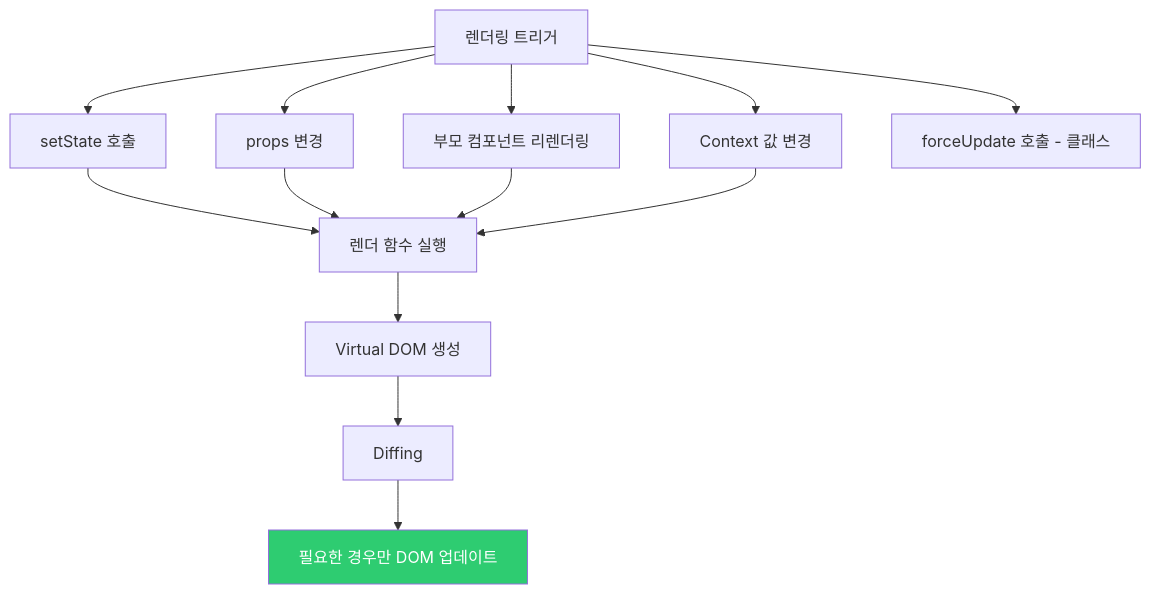
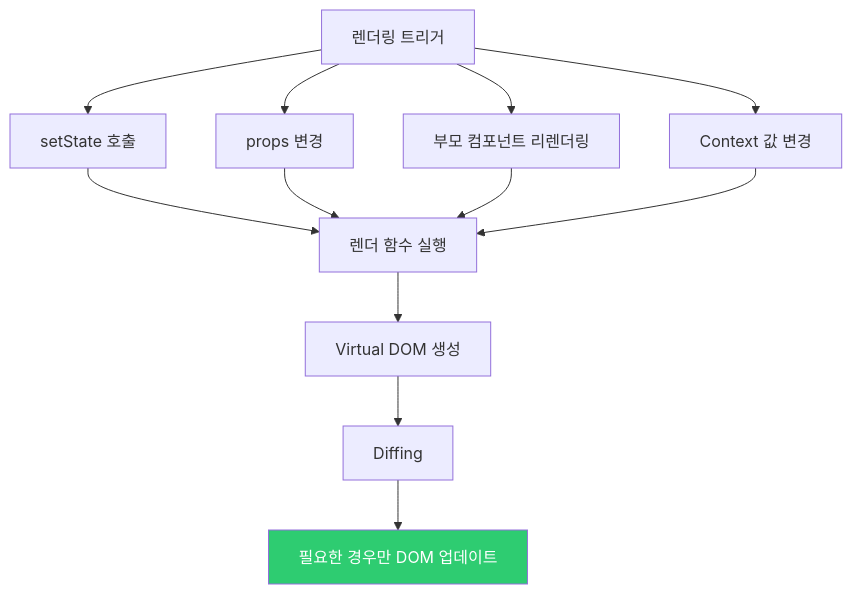
Before and after one commit to yjkim2015/yjkim2015.github.io: the fifth of 6 diagrams in _posts/frontend/2026-05-02-react-fundamentals.md, drawn with Mermaid. The commit also changed other lines of this file and 122 other files, not shown here.

````diff
--- a/_posts/frontend/2026-05-02-react-fundamentals.md
+++ b/_posts/frontend/2026-05-02-react-fundamentals.md
@@ -374,19 +294,18 @@
 ```mermaid
 flowchart TD
     A["렌더링 트리거"] --> B["setState 호출"]
     A --> C["props 변경"]
     A --> D["부모 컴포넌트 리렌더링"]
     A --> E["Context 값 변경"]
-    A --> F["forceUpdate 호출 - 클래스"]
 
     B --> G["렌더 함수 실행"]
     C --> G
     D --> G
     E --> G
 
     G --> H["Virtual DOM 생성"]
     H --> I["Diffing"]
     I --> J["필요한 경우만 DOM 업데이트"]
 
     style J fill:#2ecc71,color:#fff
 ```
````
